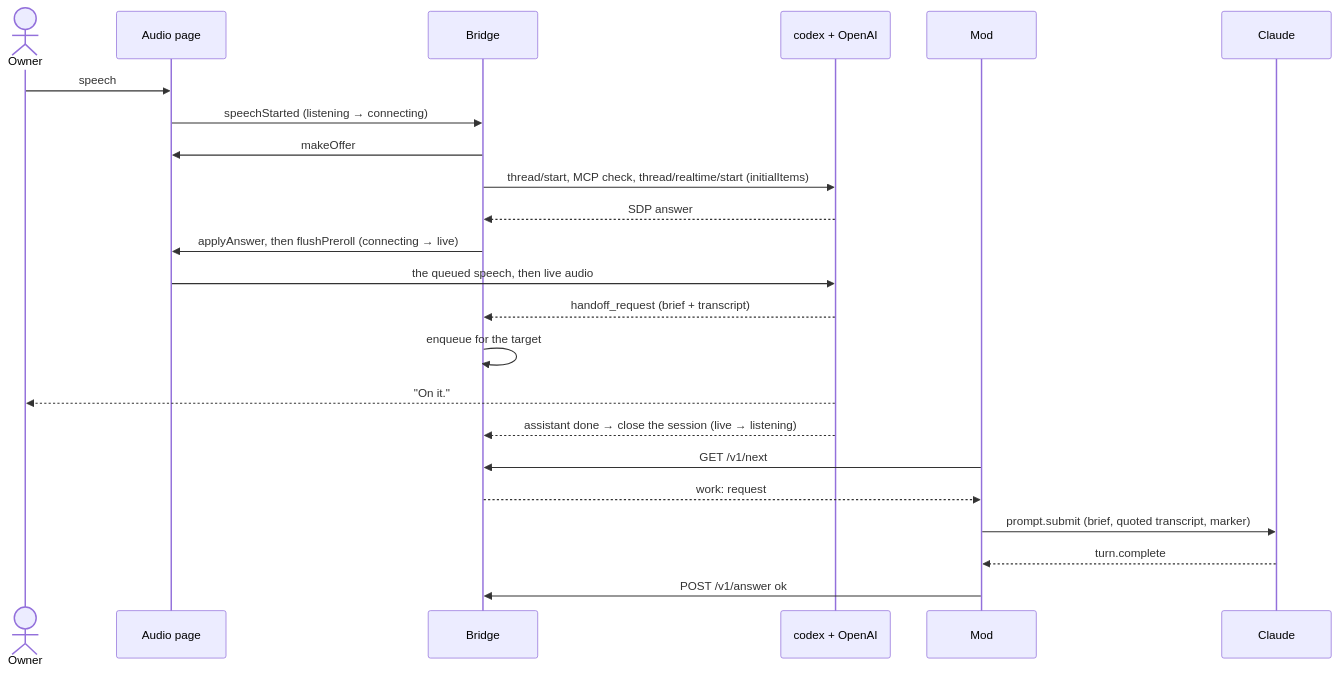
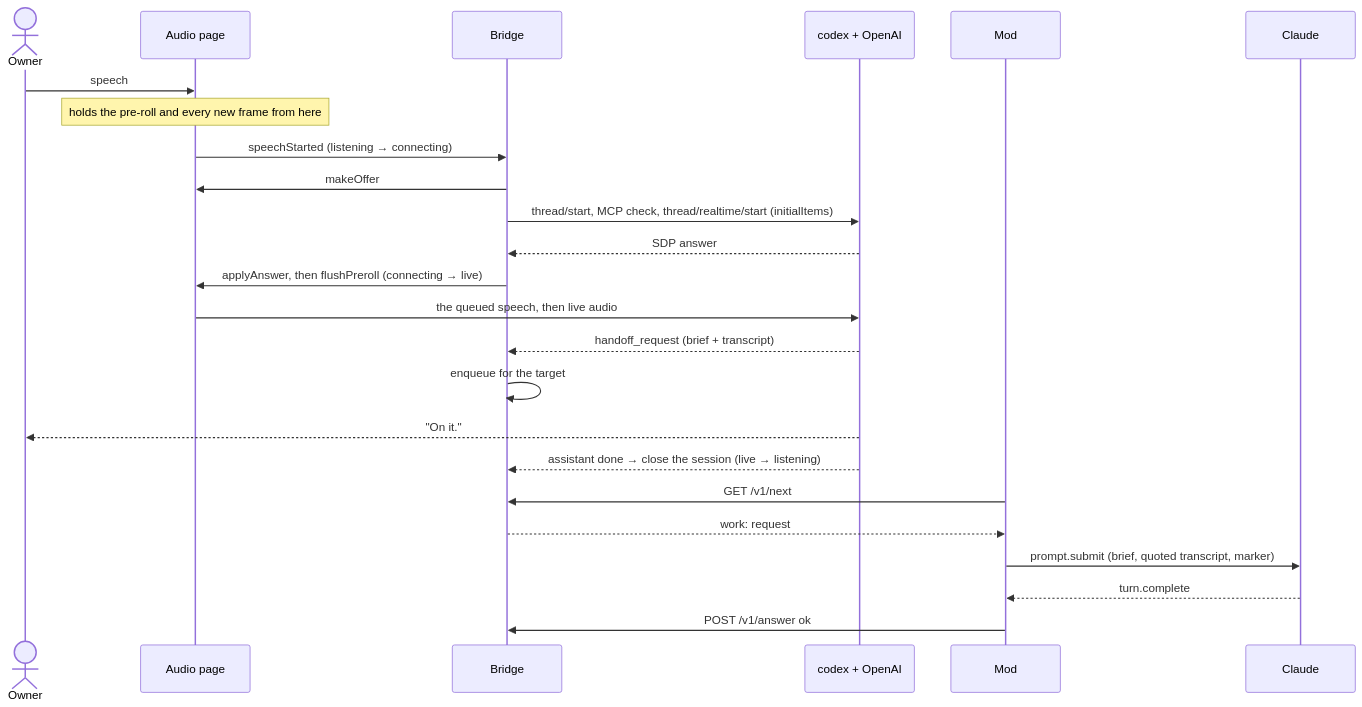
The second of 7 diagrams in docs/architecture/overview.md (Nezhinskiy/claude-gpt-live-bridge), drawn with Mermaid before and after one commit. The commit also changed other lines of this file, not shown here.

````diff
--- a/docs/architecture/overview.md
+++ b/docs/architecture/overview.md
@@ -96,25 +101,26 @@
 ```mermaid
 sequenceDiagram
   actor Owner
   participant Page as Audio page
   participant Bridge
   participant Codex as codex + OpenAI
   participant Mod
   participant Claude
   Owner->>Page: speech
+  Note over Page: holds the pre-roll and every new frame from here
   Page->>Bridge: speechStarted (listening → connecting)
   Bridge->>Page: makeOffer
   Bridge->>Codex: thread/start, MCP check, thread/realtime/start (initialItems)
   Codex-->>Bridge: SDP answer
   Bridge->>Page: applyAnswer, then flushPreroll (connecting → live)
   Page->>Codex: the queued speech, then live audio
   Codex-->>Bridge: handoff_request (brief + transcript)
   Bridge->>Bridge: enqueue for the target
   Codex-->>Owner: "On it."
   Codex-->>Bridge: assistant done → close the session (live → listening)
   Mod->>Bridge: GET /v1/next
   Bridge-->>Mod: work: request
   Mod->>Claude: prompt.submit (brief, quoted transcript, marker)
   Claude-->>Mod: turn.complete
   Mod->>Bridge: POST /v1/answer ok
 ```
````
